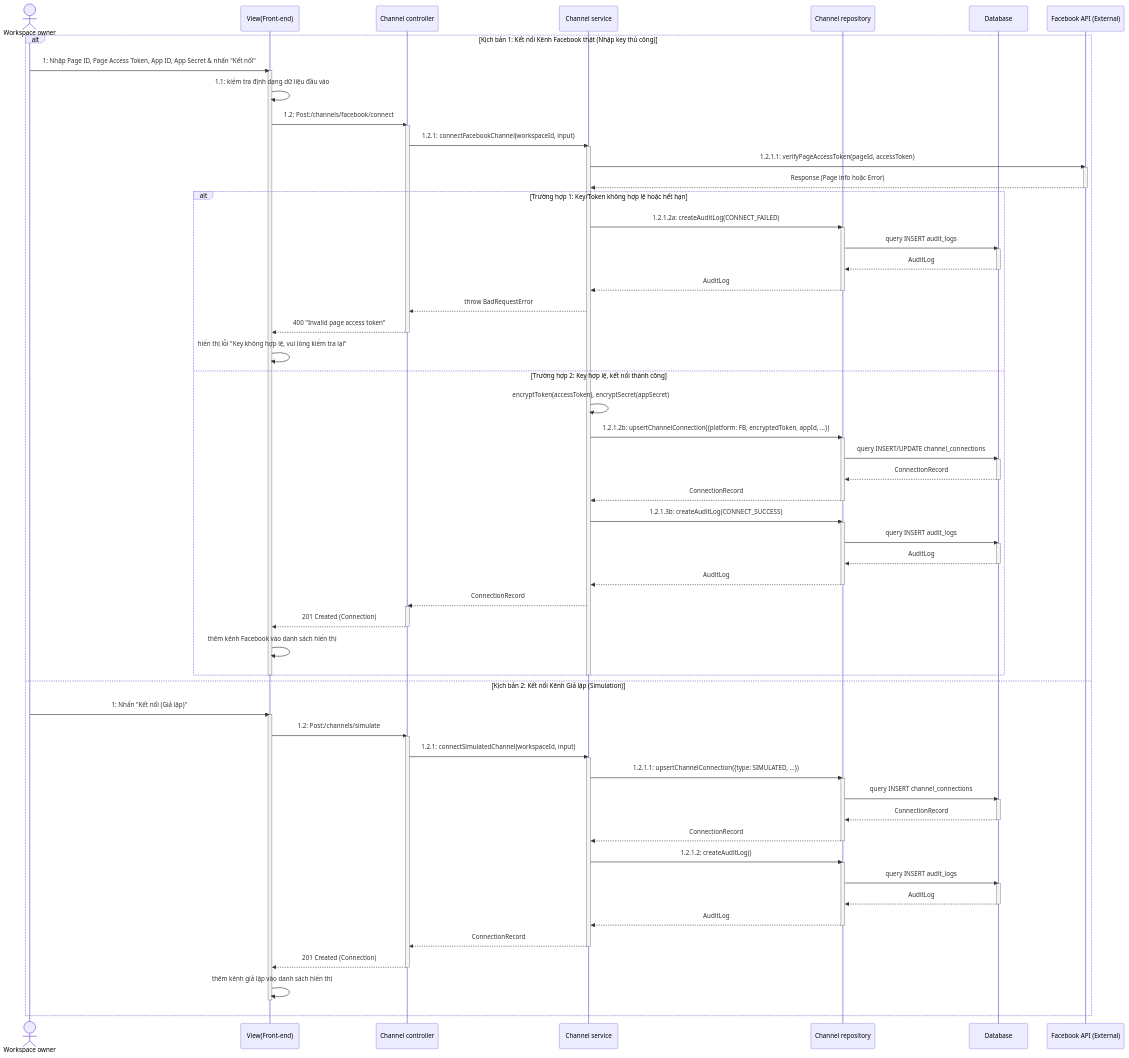
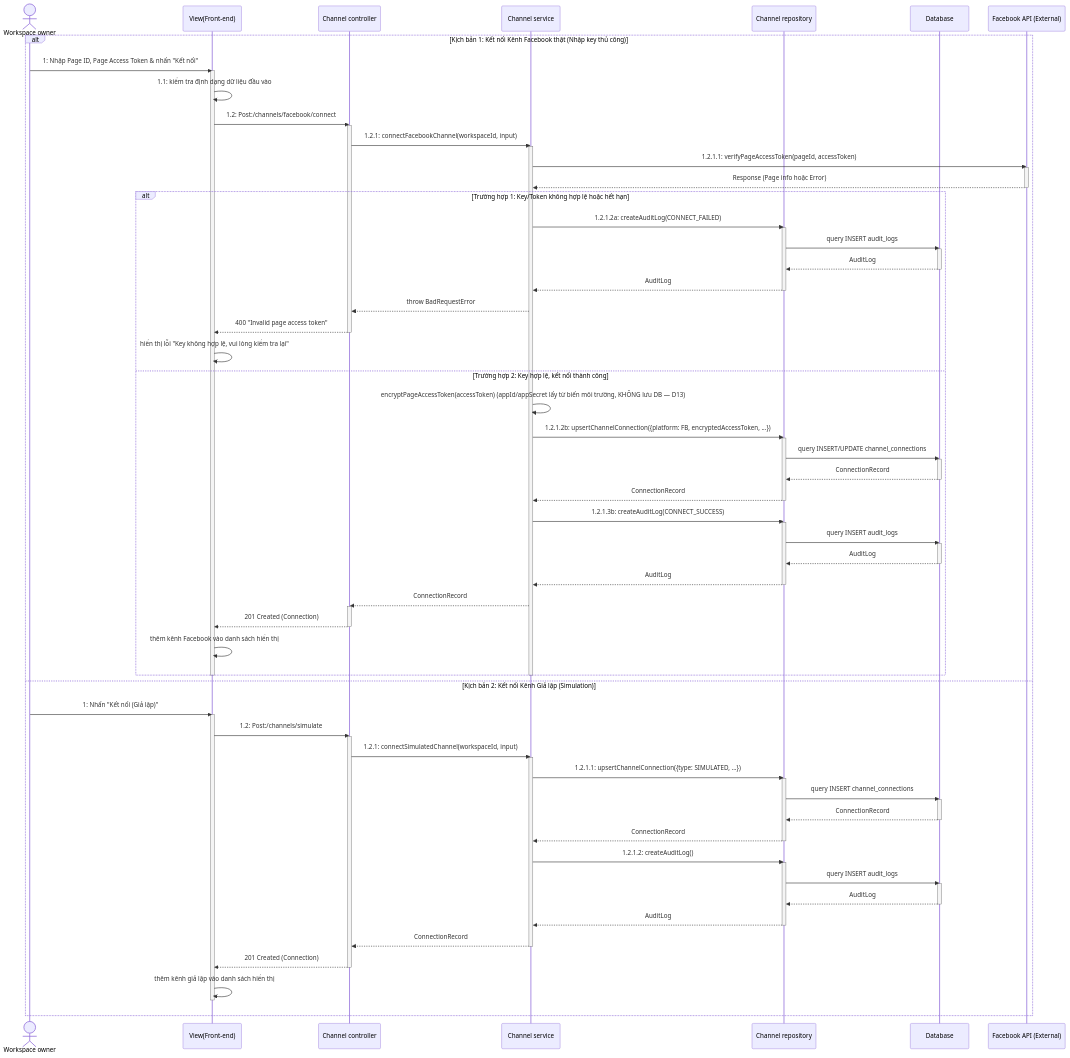
Before and after one commit to Pham-Hong-Ky/marka-capstone: diagram 27 of 44 in docs/function_layer_mapping.md, drawn with Mermaid. The commit also changed other lines of this file and 47 other files, not shown here.

First line of the commit message:
docs: refresh architecture, API and database specs with UML diagrams

```diff
--- a/docs/function_layer_mapping.md
+++ b/docs/function_layer_mapping.md
@@ -1684,7 +1607,7 @@
     participant FB as Facebook API (External)
 
     alt Kịch bản 1: Kết nối Kênh Facebook thật (Nhập key thủ công)
-        Owner->>View: 1: Nhập Page ID, Page Access Token, App ID, App Secret & nhấn "Kết nối"
+        Owner->>View: 1: Nhập Page ID, Page Access Token & nhấn "Kết nối"
         activate View
         View->>View: 1.1: kiểm tra định dạng dữ liệu đầu vào
         View->>Controller: 1.2: Post:/channels/facebook/connect
@@ -1711,9 +1634,9 @@
             deactivate Controller
             View->>View: hiển thị lỗi "Key không hợp lệ, vui lòng kiểm tra lại"
         else Trường hợp 2: Key hợp lệ, kết nối thành công
-            Service->>Service: encryptToken(accessToken), encryptSecret(appSecret)
+            Service->>Service: encryptPageAccessToken(accessToken)  (appId/appSecret lấy từ biến môi trường, KHÔNG lưu DB — D13)
 
-            Service->>Repository: 1.2.1.2b: upsertChannelConnection({platform: FB, encryptedToken, appId, ...})
+            Service->>Repository: 1.2.1.2b: upsertChannelConnection({platform: FB, encryptedAccessToken, ...})
             activate Repository
             Repository->>DB: query INSERT/UPDATE channel_connections
             activate DB
```
